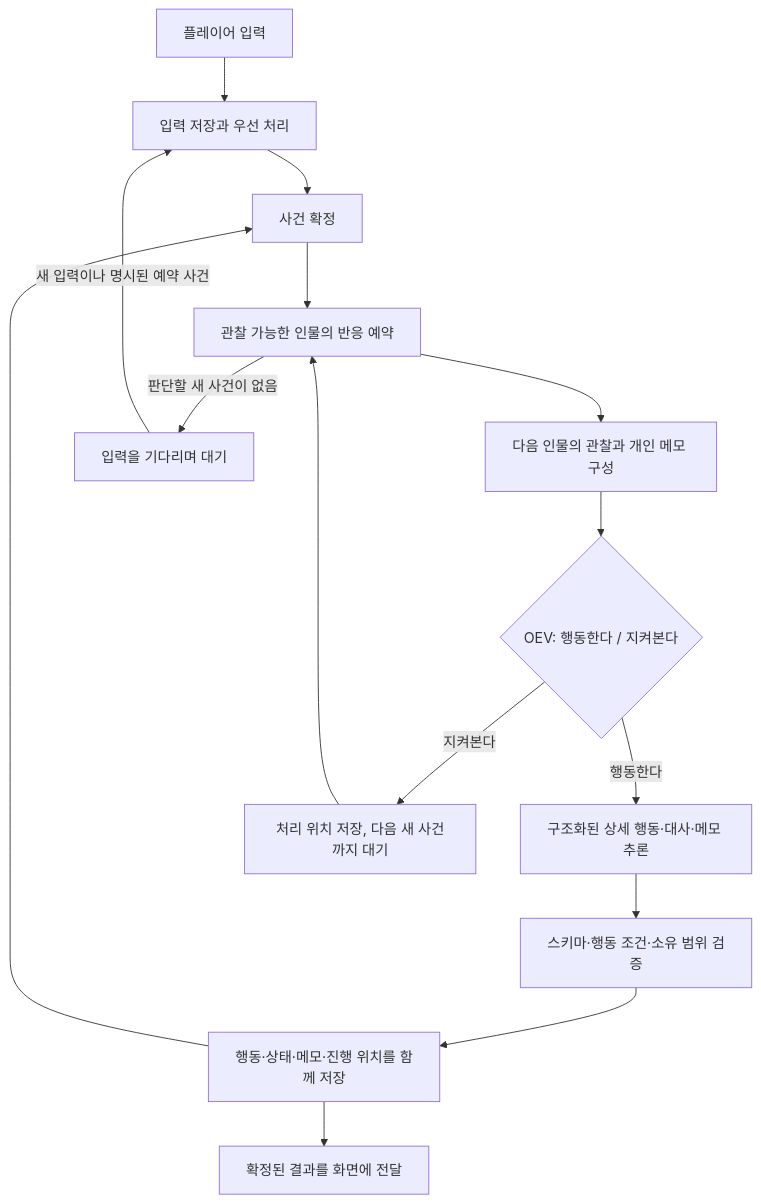
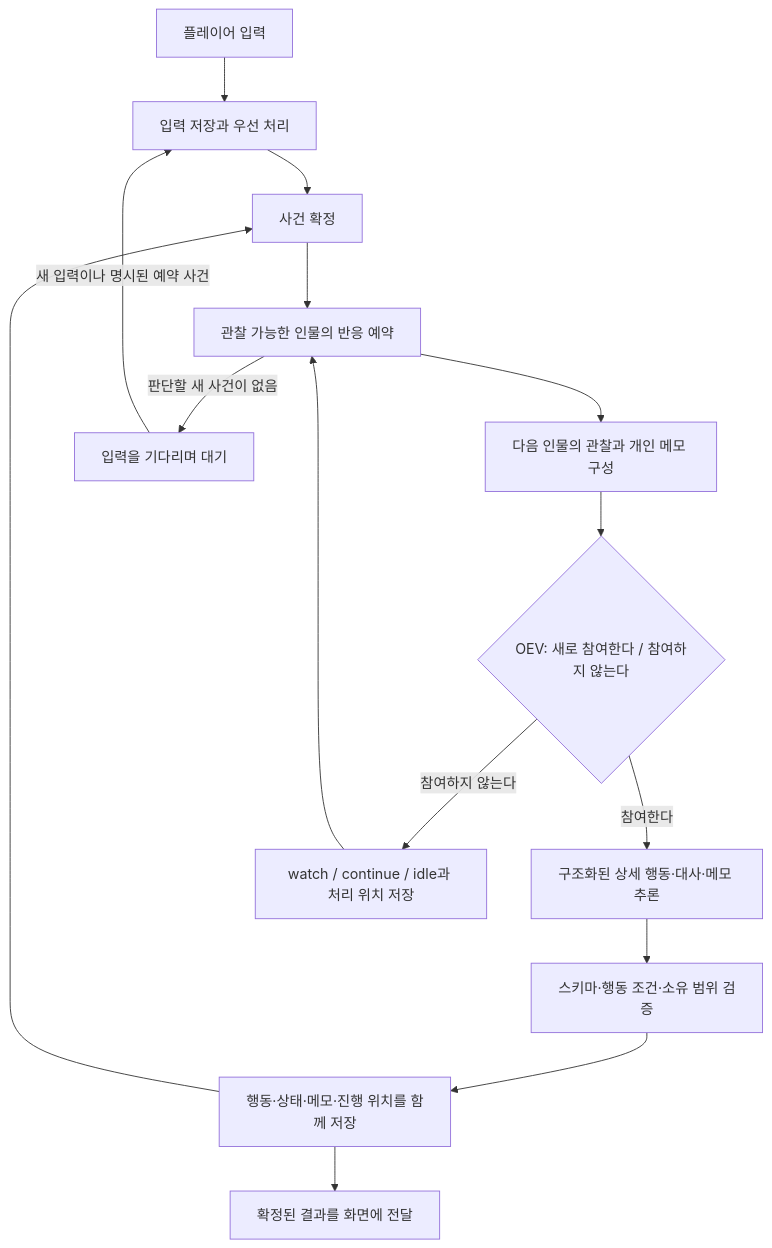
Before and after one commit to snowmerak/newera: the diagram in docs/REACTIVE_SCENE_DESIGN.md, drawn with Mermaid. The commit also changed other lines of this file and 23 other files, not shown here.

````diff
--- a/docs/REACTIVE_SCENE_DESIGN.md
+++ b/docs/REACTIVE_SCENE_DESIGN.md
@@ -24,17 +24,17 @@
 ```mermaid
 flowchart TD
   I[플레이어 입력] --> Q[입력 저장과 우선 처리]
   Q --> E[사건 확정]
   E --> R[관찰 가능한 인물의 반응 예약]
   R --> O[다음 인물의 관찰과 개인 메모 구성]
-  O --> D{OEV: 행동한다 / 지켜본다}
-  D -->|행동한다| G[구조화된 상세 행동·대사·메모 추론]
-  D -->|지켜본다| P[처리 위치 저장, 다음 새 사건까지 대기]
+  O --> D{OEV: 새로 참여한다 / 참여하지 않는다}
+  D -->|참여한다| G[구조화된 상세 행동·대사·메모 추론]
+  D -->|참여하지 않는다| P[watch / continue / idle과 처리 위치 저장]
   P --> R
   G --> V[스키마·행동 조건·소유 범위 검증]
   V --> C[행동·상태·메모·진행 위치를 함께 저장]
   C --> U[확정된 결과를 화면에 전달]
   C --> E
   R -->|판단할 새 사건이 없음| W[입력을 기다리며 대기]
   W -->|새 입력이나 명시된 예약 사건| Q
 ```
````
